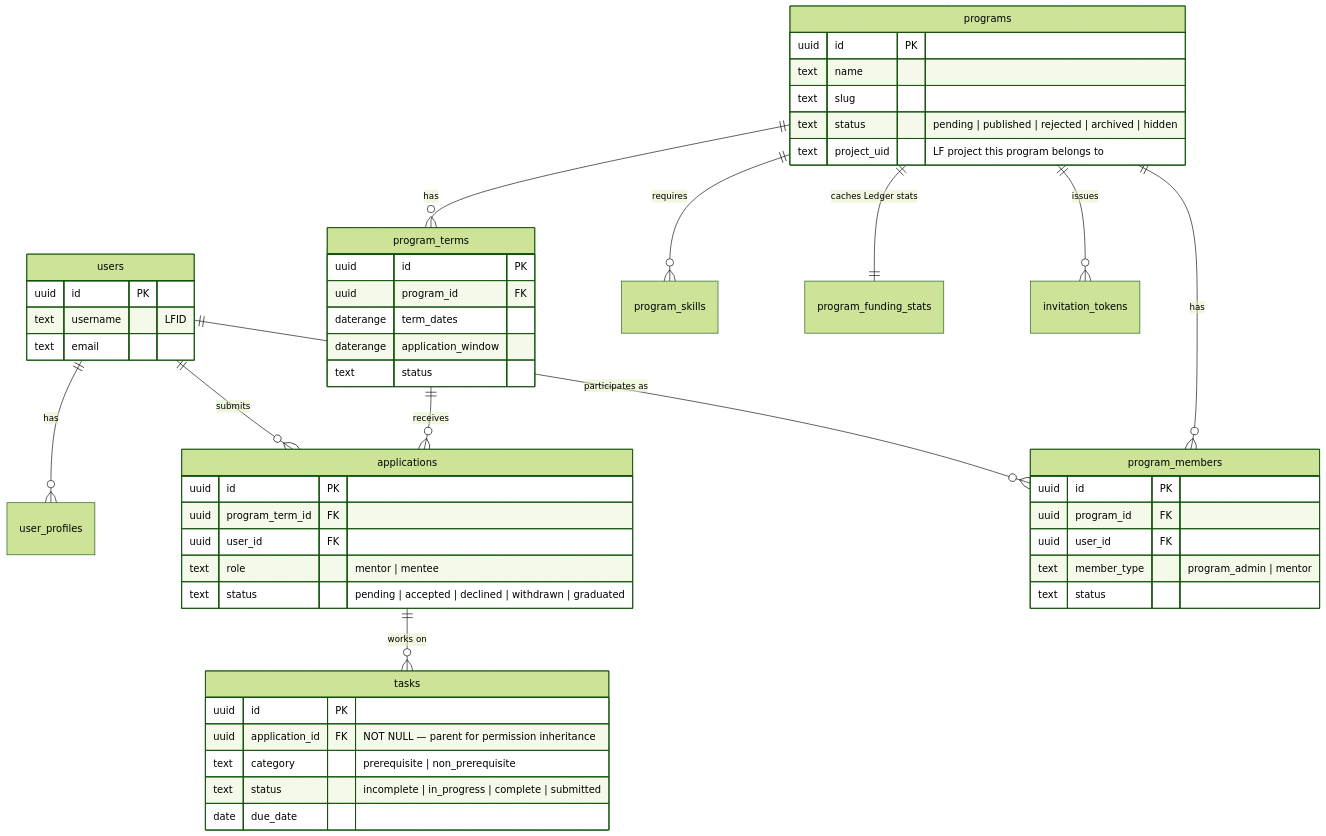
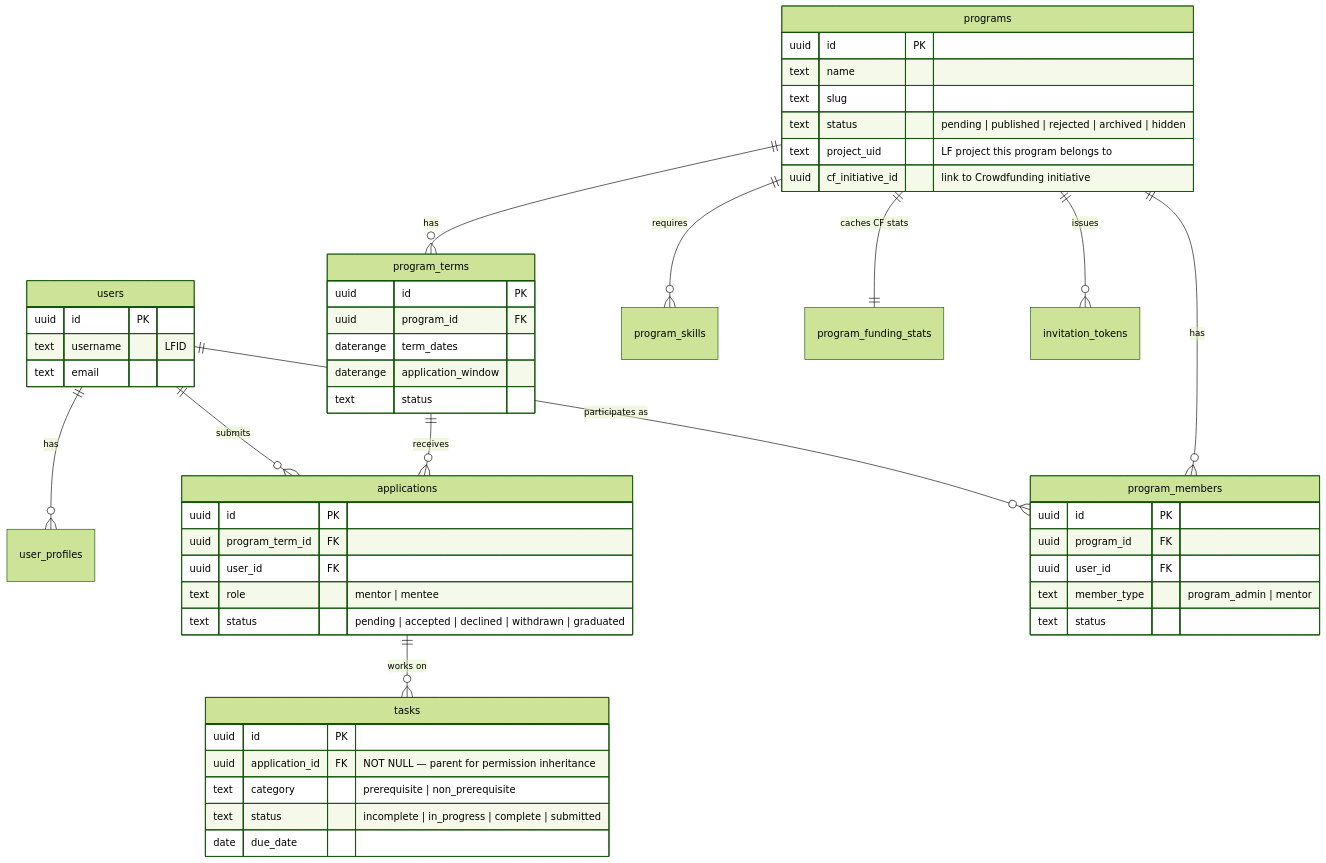
The second of 2 diagrams in docs/rewrite/02-target-architecture.md (linuxfoundation/lfx-mentorship), drawn with Mermaid (forest theme) before and after one commit. The commit also changed other lines of this file and 2 other files, not shown here.

First line of the commit message:
docs: limit #143 to ARCHITECTURE.md and CODEOWNERS, target state only

````diff
--- a/docs/rewrite/02-target-architecture.md
+++ b/docs/rewrite/02-target-architecture.md
@@ -103,54 +101,55 @@
 ```mermaid
 erDiagram
     users ||--o{ user_profiles : has
     users ||--o{ applications : submits
     users ||--o{ program_members : "participates as"
     programs ||--o{ program_terms : has
     programs ||--o{ program_members : has
     programs ||--o{ program_skills : requires
-    programs ||--|| program_funding_stats : "caches Ledger stats"
+    programs ||--|| program_funding_stats : "caches CF stats"
     program_terms ||--o{ applications : receives
     applications ||--o{ tasks : "works on"
     programs ||--o{ invitation_tokens : issues
 
     users {
         uuid id PK
         text username "LFID"
         text email
     }
     programs {
         uuid id PK
         text name
         text slug
         text status "pending | published | rejected | archived | hidden"
         text project_uid "LF project this program belongs to"
+        uuid cf_initiative_id "link to Crowdfunding initiative"
     }
     program_terms {
         uuid id PK
         uuid program_id FK
         daterange term_dates
         daterange application_window
         text status
     }
     applications {
         uuid id PK
         uuid program_term_id FK
         uuid user_id FK
         text role "mentor | mentee"
         text status "pending | accepted | declined | withdrawn | graduated"
     }
     program_members {
         uuid id PK
         uuid program_id FK
         uuid user_id FK
         text member_type "program_admin | mentor"
         text status
     }
     tasks {
         uuid id PK
         uuid application_id FK "NOT NULL — parent for permission inheritance"
         text category "prerequisite | non_prerequisite"
         text status "incomplete | in_progress | complete | submitted"
         date due_date
     }
 ```
````
